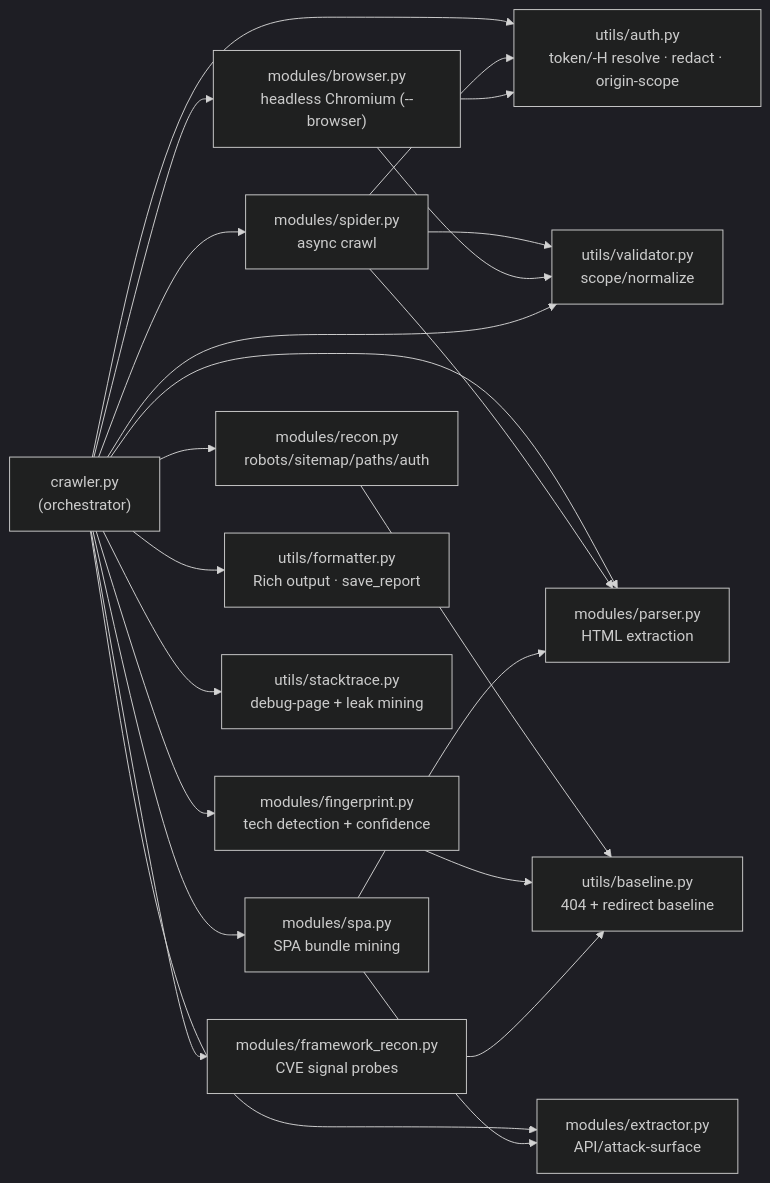
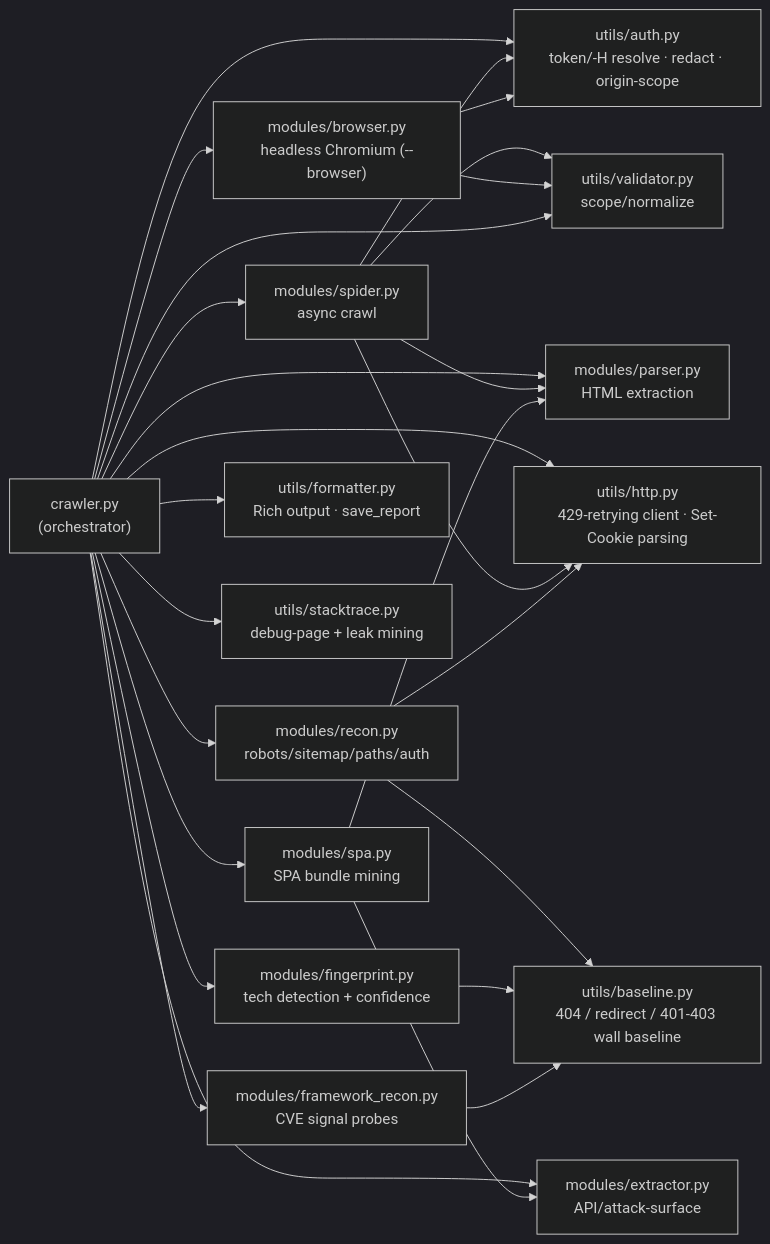
The second of 3 diagrams in docs/ARCHITECTURE.md (0xj4f/shatterpoint), drawn with Mermaid (dark theme) before and after one commit. The commit also changed other lines of this file and 17 other files, not shown here.

````diff
--- a/docs/ARCHITECTURE.md
+++ b/docs/ARCHITECTURE.md
@@ -62,29 +62,32 @@
 ```mermaid
 flowchart LR
     crawler["crawler.py<br/>(orchestrator)"]
 
     crawler --> spider["modules/spider.py<br/>async crawl"]
     crawler --> recon["modules/recon.py<br/>robots/sitemap/paths/auth"]
     crawler --> fingerprint["modules/fingerprint.py<br/>tech detection + confidence"]
     crawler --> framework["modules/framework_recon.py<br/>CVE signal probes"]
     crawler --> spa["modules/spa.py<br/>SPA bundle mining"]
     crawler --> browser["modules/browser.py<br/>headless Chromium (--browser)"]
     crawler --> parser["modules/parser.py<br/>HTML extraction"]
     crawler --> extractor["modules/extractor.py<br/>API/attack-surface"]
 
     crawler --> auth["utils/auth.py<br/>token/-H resolve · redact · origin-scope"]
     crawler --> formatter["utils/formatter.py<br/>Rich output · save_report"]
     crawler --> stacktrace["utils/stacktrace.py<br/>debug-page + leak mining"]
 
     spider --> auth
     spider --> validator["utils/validator.py<br/>scope/normalize"]
     spider --> parser
-    recon --> baseline["utils/baseline.py<br/>404 + redirect baseline"]
+    recon --> baseline["utils/baseline.py<br/>404 / redirect / 401-403 wall baseline"]
+    crawler --> http["utils/http.py<br/>429-retrying client · Set-Cookie parsing"]
+    spider --> http
+    recon --> http
     fingerprint --> baseline
     framework --> baseline
     spa --> extractor
     spa --> parser
     browser --> auth
     browser --> validator
     crawler --> validator
 ```
````
